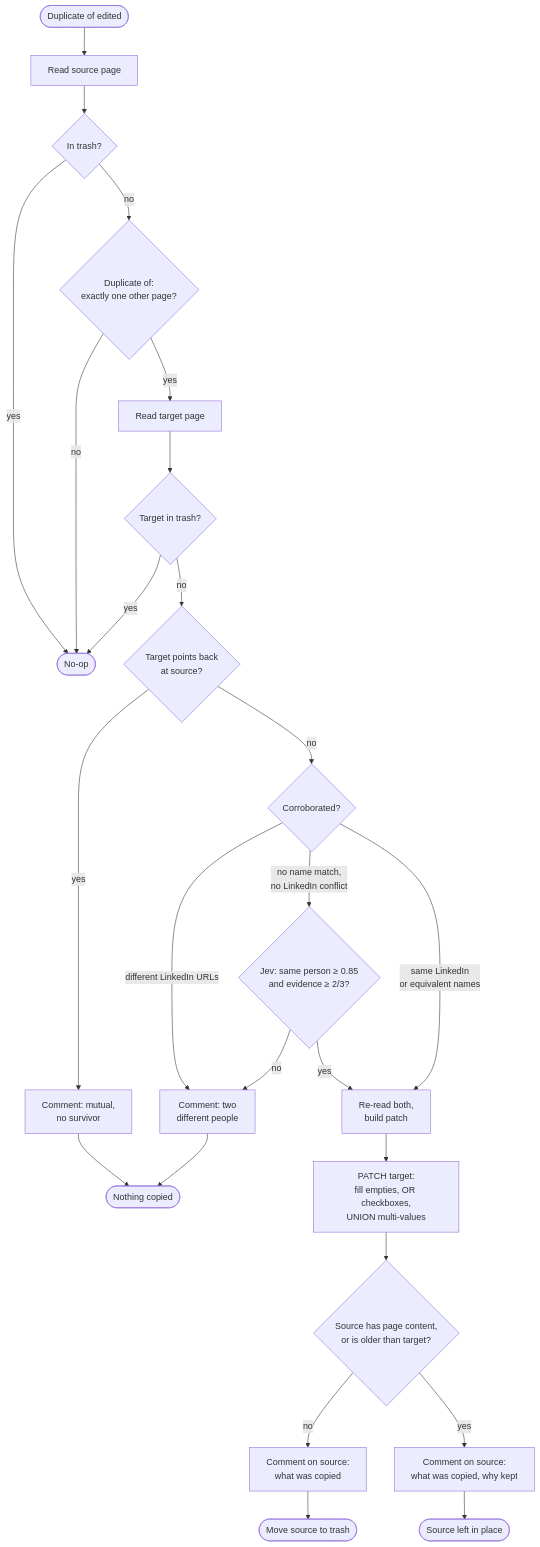
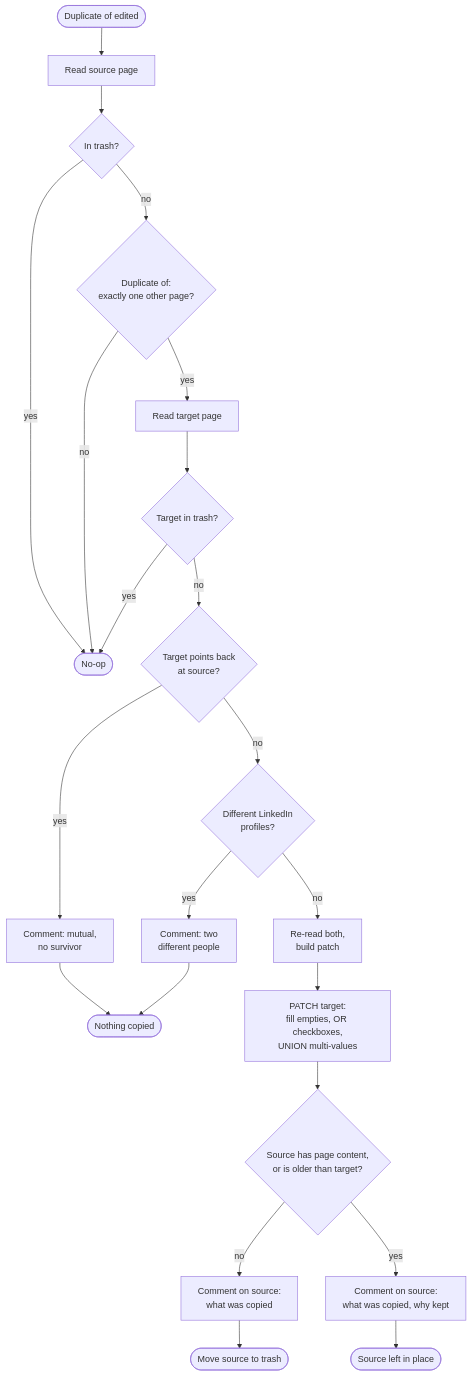
One commit to work-flowers/zapier-sdk changed the diagram in merge-duplicate-contacts/README.md. Above: the diagram before and after it, drawn with Mermaid. The commit also changed other lines of this file and 7 other files, not shown here.

First line of the commit message:
merge-duplicate-contacts: drop the Jev check; a person's Duplicate of stands

````diff
--- a/merge-duplicate-contacts/README.md
+++ b/merge-duplicate-contacts/README.md
@@ -48,23 +48,20 @@
 ```mermaid
 flowchart TD
     A(["Duplicate of edited"]) --> B["Read source page"]
     B --> C{"In trash?"}
     C -- yes --> Z(["No-op"])
     C -- no --> D{"Duplicate of:<br/>exactly one other page?"}
     D -- no --> Z
     D -- yes --> E["Read target page"]
     E --> F{"Target in trash?"}
     F -- yes --> Z
     F -- no --> G{"Target points back<br/>at source?"}
     G -- yes --> H["Comment: mutual,<br/>no survivor"] --> Y(["Nothing copied"])
-    G -- no --> I{"Corroborated?"}
-    I -- "different LinkedIn URLs" --> J["Comment: two<br/>different people"] --> Y
-    I -- "no name match,<br/>no LinkedIn conflict" --> Q{"Jev: same person ≥ 0.85<br/>and evidence ≥ 2/3?"}
-    Q -- no --> J
-    Q -- yes --> K
-    I -- "same LinkedIn<br/>or equivalent names" --> K["Re-read both,<br/>build patch"]
+    G -- no --> I{"Different LinkedIn<br/>profiles?"}
+    I -- yes --> J["Comment: two<br/>different people"] --> Y
+    I -- no --> K["Re-read both,<br/>build patch"]
     K --> L["PATCH target:<br/>fill empties, OR checkboxes,<br/>UNION multi-values"]
     L --> P{"Source has page content,<br/>or is older than target?"}
     P -- no --> M["Comment on source:<br/>what was copied"] --> T(["Move source to trash"])
     P -- yes --> M2["Comment on source:<br/>what was copied, why kept"] --> N(["Source left in place"])
 ```
````
